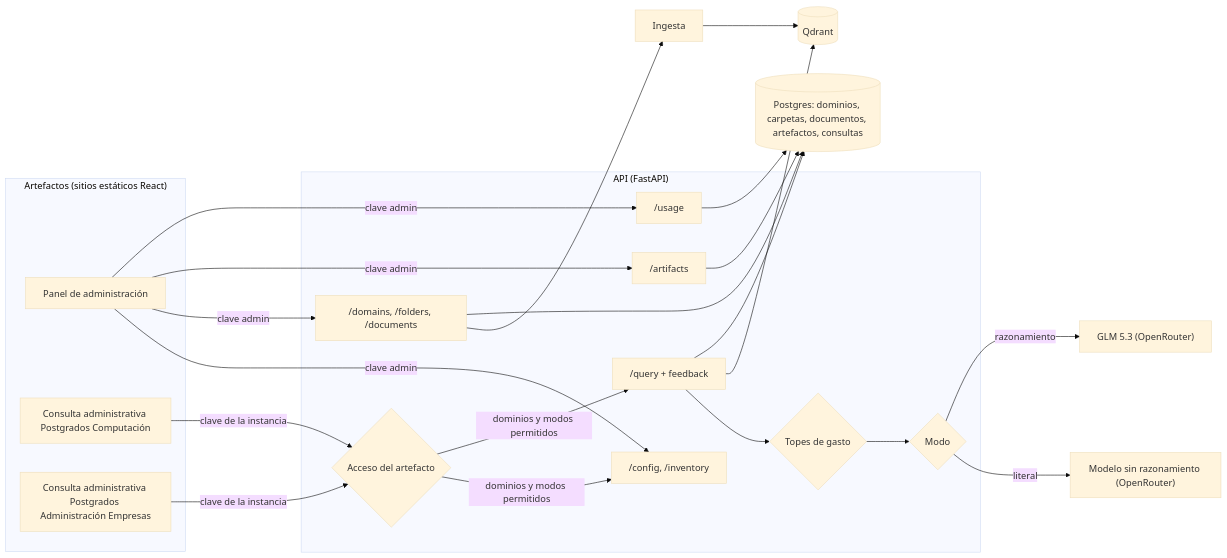
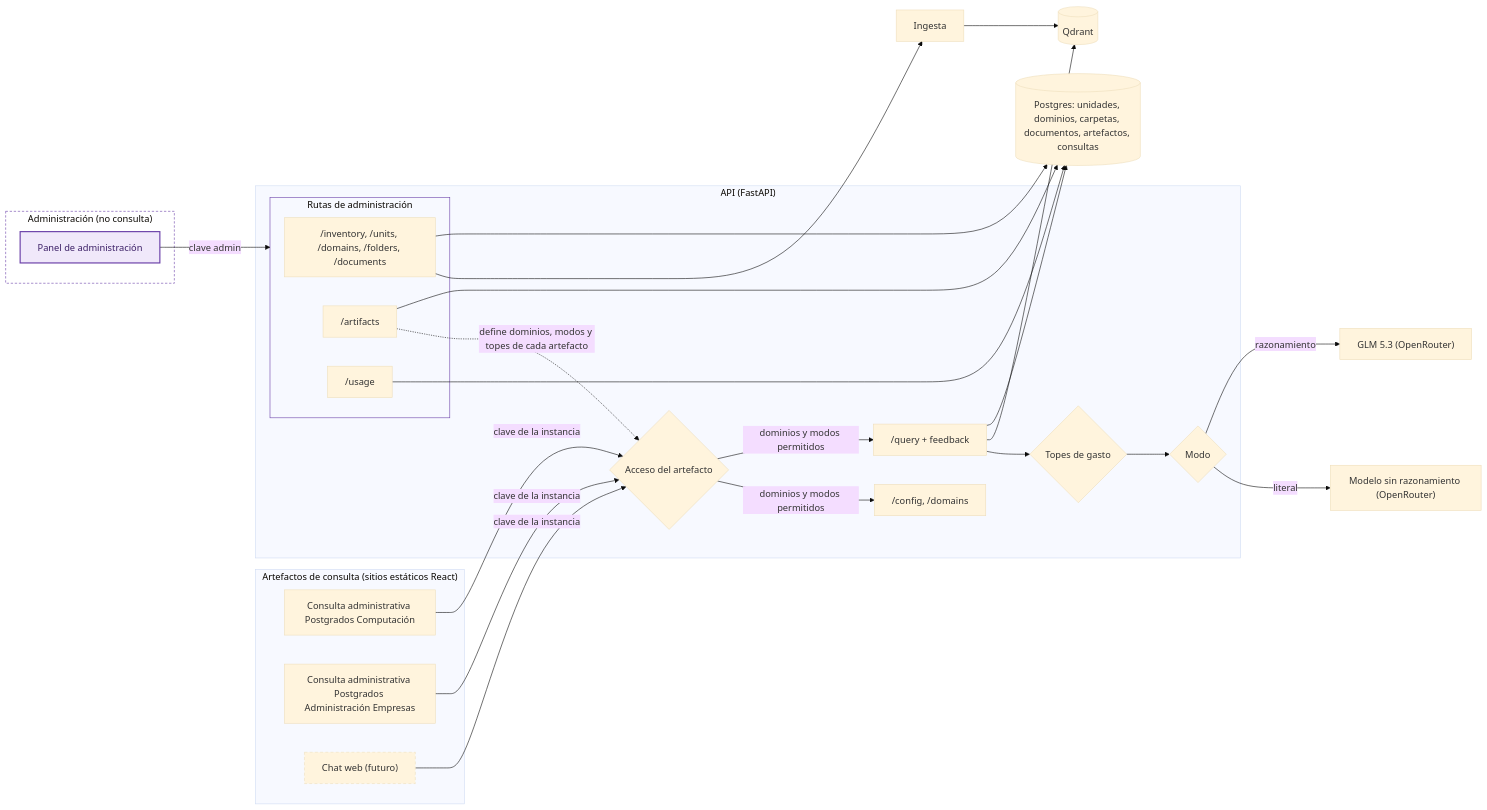
One commit to K-lobiTo/MIA changed the diagram in docs/Definicion_Requerimientos_V2.md. Above: the diagram before and after it, drawn with Mermaid (base theme). The commit also changed other lines of this file and 1 other file, not shown here.

Commit message:
Reflejar unidades académicas, proyectos por tipo y el panel de administración en el documento conceptual y el diagrama de arquitectura

````diff
--- a/docs/Definicion_Requerimientos_V2.md
+++ b/docs/Definicion_Requerimientos_V2.md
@@ -320,30 +320,44 @@
 ```mermaid
 flowchart LR
-    subgraph Artefactos["Artefactos (sitios estáticos React)"]
-        ADM[Panel de administración]
+    subgraph Gestion["Administración (no consulta)"]
+        ADM["Panel de administración"]
+    end
+
+    subgraph Consulta["Artefactos de consulta (sitios estáticos React)"]
         CONC["Consulta administrativa Postgrados Computación"]
         CONA["Consulta administrativa Postgrados Administración Empresas"]
+        CHAT["Chat web (futuro)"]
     end
 
     subgraph API["API (FastAPI)"]
-        CFG["/config, /inventory"]
-        DOM["/domains, /folders, /documents"]
-        ART["/artifacts"]
+        subgraph RADM["Rutas de administración"]
+            INV["/inventory, /units, /domains, /folders, /documents"]
+            ART["/artifacts"]
+            USO["/usage"]
+        end
+        CFG["/config, /domains"]
         ACC{Acceso del artefacto}
         Q["/query + feedback"]
-        USO["/usage"]
         TOPE{Topes de gasto}
         MODOS{Modo}
     end
 
-    ADM -->|clave admin| CFG & DOM & ART & USO
-    CONC & CONA -->|clave de la instancia| ACC
+    ADM -->|clave admin| RADM
+    ART -.->|define dominios, modos y topes de cada artefacto| ACC
+    CONC & CONA & CHAT -->|clave de la instancia| ACC
     ACC -->|dominios y modos permitidos| CFG & Q
     Q --> TOPE --> MODOS
     MODOS -->|literal| LIT["Modelo sin razonamiento (OpenRouter)"]
     MODOS -->|razonamiento| GLM["GLM 5.3 (OpenRouter)"]
-    DOM --> ING[Ingesta]
+    INV --> ING[Ingesta]
     ING --> QD[(Qdrant)]
     Q --> QD
-    DOM & Q & ART & USO --> PG[(Postgres: dominios, carpetas, documentos, artefactos, consultas)]
+    INV & Q & ART & USO --> PG[(Postgres: unidades, dominios, carpetas, documentos, artefactos, consultas)]
+
+    classDef admin fill:#F0E8FA,stroke:#6A3FA8,stroke-width:2px,color:#3B1F66
+    classDef futuro stroke-dasharray:5 4
+    class ADM admin
+    class CHAT futuro
+    style Gestion fill:none,stroke:#6A3FA8,stroke-dasharray:4 3
+    style RADM fill:none,stroke:#6A3FA8
 ```
````
